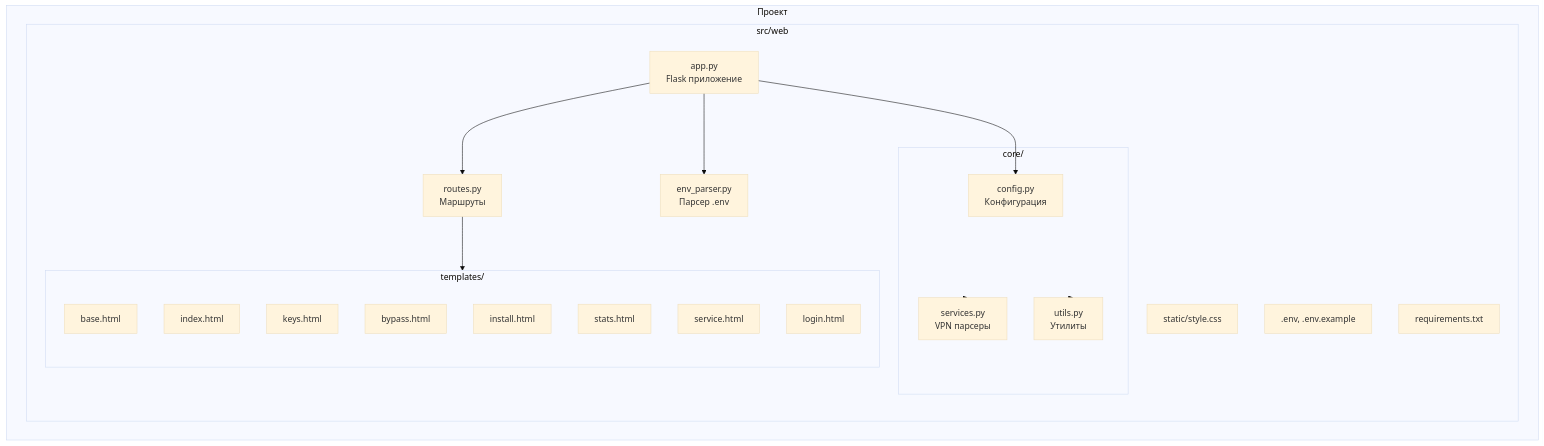
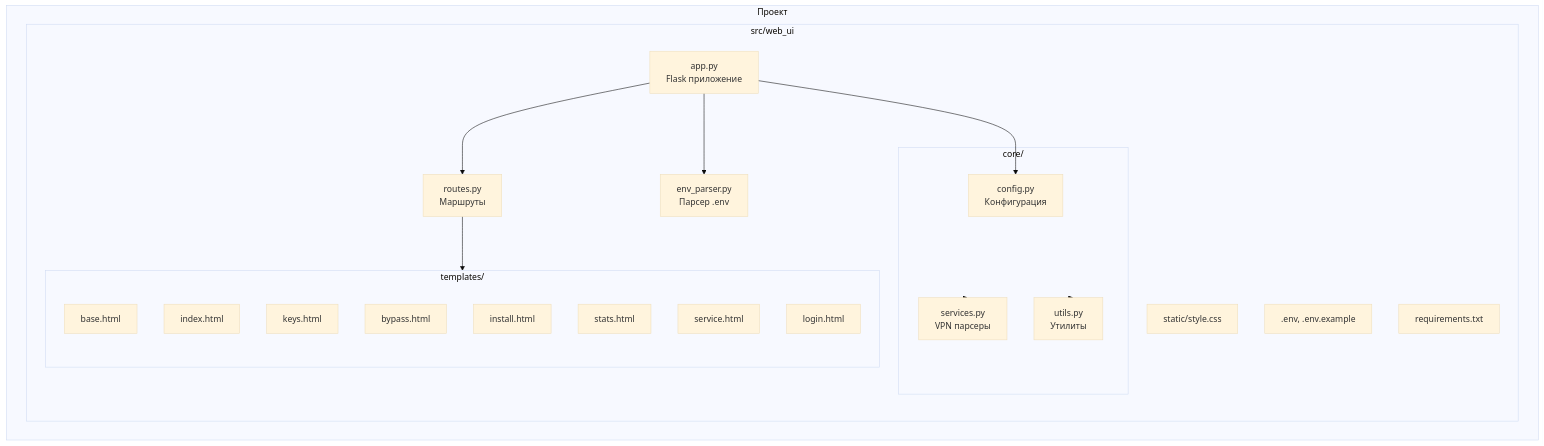
One commit to royfincher25-source/bypass_keenetic_web changed the eighth of 12 diagrams in docs/OBSIDIAN_INSTRUCTION.md. Above: the diagram before and after it, drawn with Mermaid (base theme). The commit also changed other lines of this file and 4 other files, not shown here.

````diff
--- a/docs/OBSIDIAN_INSTRUCTION.md
+++ b/docs/OBSIDIAN_INSTRUCTION.md
@@ -1376,38 +1376,38 @@
 ```mermaid
 graph TD
     subgraph Project["Проект"]
-        subgraph Src["src/web"]
+        subgraph Src["src/web_ui"]
             App[app.py<br/>Flask приложение]
             Routes[routes.py<br/>Маршруты]
             Parser[env_parser.py<br/>Парсер .env]
             
             subgraph Core["core/"]
                 Config[config.py<br/>Конфигурация]
                 Utils[utils.py<br/>Утилиты]
                 Services[services.py<br/>VPN парсеры]
             end
             
             subgraph Templates["templates/"]
                 Base[base.html]
                 Index[index.html]
                 Keys[keys.html]
                 Bypass[bypass.html]
                 Install[install.html]
                 Stats[stats.html]
                 Service[service.html]
                 Login[login.html]
             end
             
             Static[static/style.css]
             Env[.env, .env.example]
             Req[requirements.txt]
         end
     end
     
     App --> Routes
     App --> Parser
     App --> Config
     Routes --> Templates
     Core --> Services
     Core --> Utils
 ```
````
